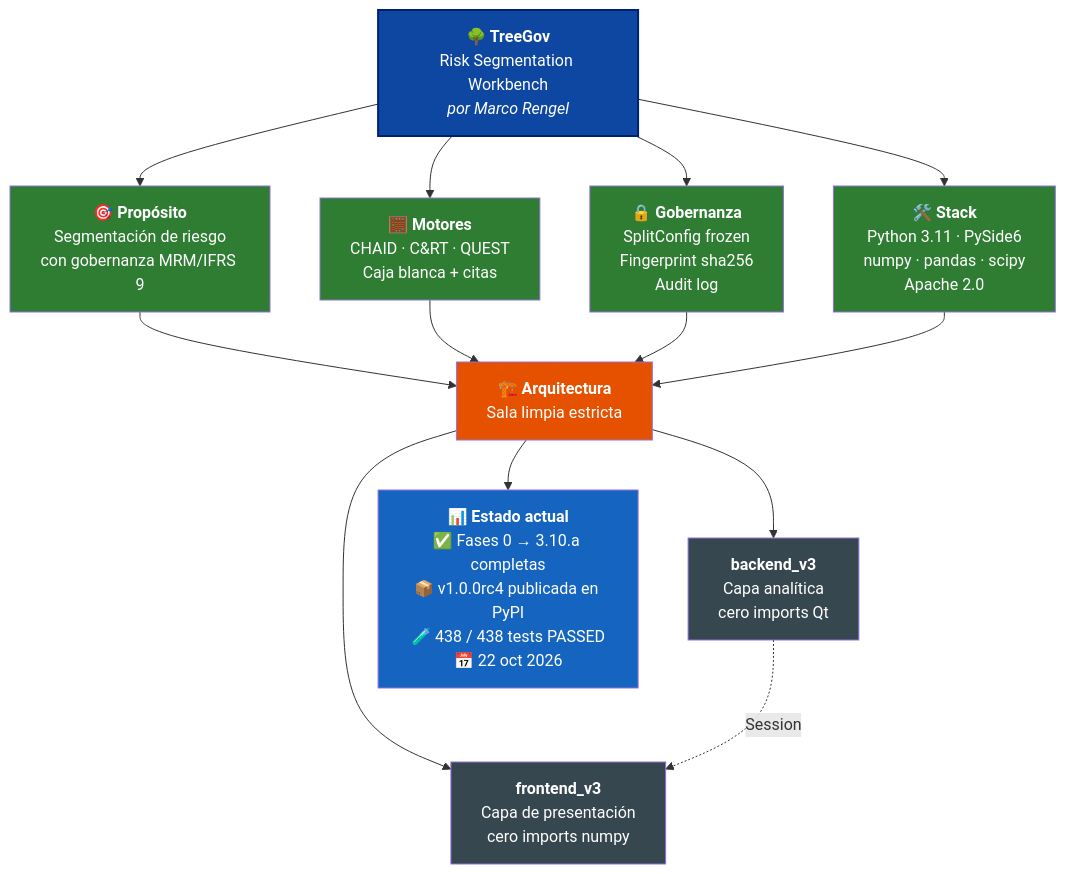
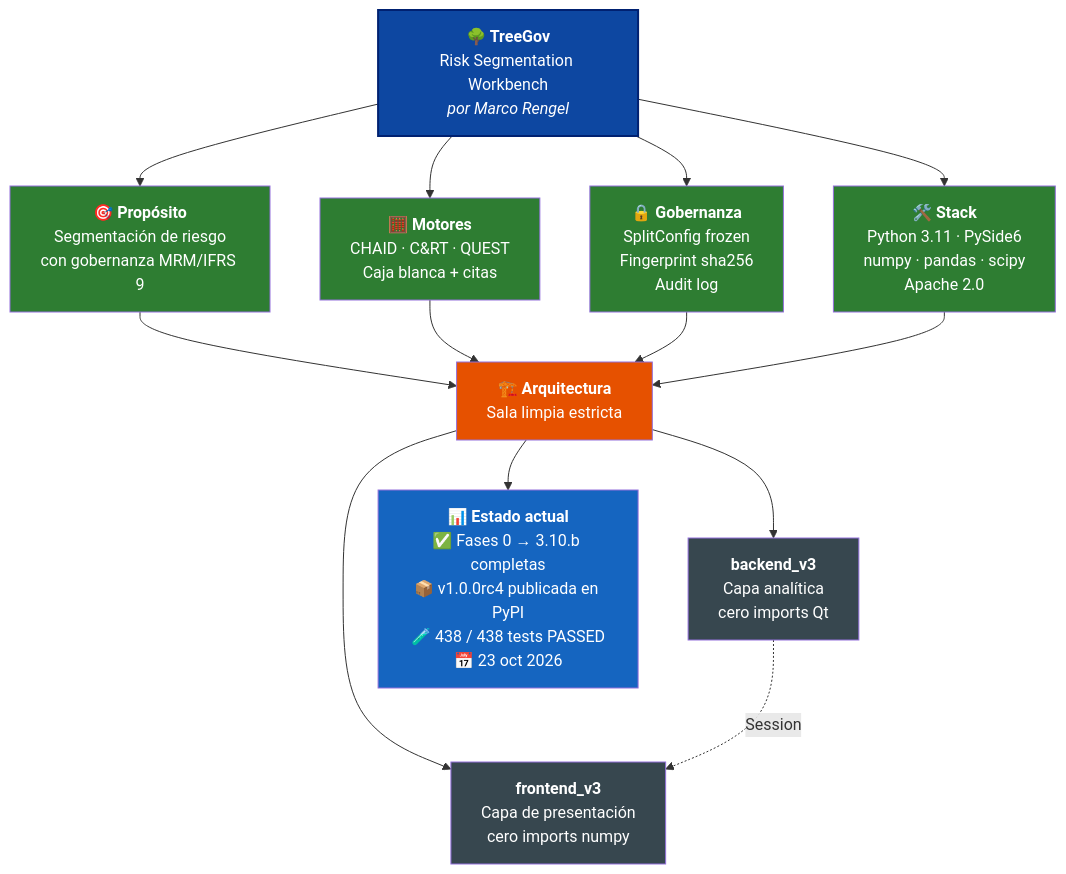
One commit to Marco-Rengel/treegov changed the diagram in README.es.md. Above: the diagram before and after it, drawn with Mermaid. The commit also changed other lines of this file and 8 other files, not shown here.

````diff
--- a/README.es.md
+++ b/README.es.md
@@ -36,31 +36,31 @@
 ```mermaid
 flowchart TB
     TG["<b>🌳 TreeGov</b><br/>Risk Segmentation Workbench<br/><i>por Marco Rengel</i>"]
 
     TG --> P["<b>🎯 Propósito</b><br/>Segmentación de riesgo<br/>con gobernanza MRM/IFRS 9"]
     TG --> M["<b>🧮 Motores</b><br/>CHAID · C&RT · QUEST<br/>Caja blanca + citas"]
     TG --> G["<b>🔒 Gobernanza</b><br/>SplitConfig frozen<br/>Fingerprint sha256<br/>Audit log"]
     TG --> S["<b>🛠️ Stack</b><br/>Python 3.11 · PySide6<br/>numpy · pandas · scipy<br/>Apache 2.0"]
 
     P --> ARQ["<b>🏗️ Arquitectura</b><br/>Sala limpia estricta"]
     M --> ARQ
     G --> ARQ
     S --> ARQ
 
     ARQ --> BE["<b>backend_v3</b><br/>Capa analítica<br/>cero imports Qt"]
     ARQ --> FE["<b>frontend_v3</b><br/>Capa de presentación<br/>cero imports numpy"]
 
     BE -.->|Session| FE
 
-    ARQ --> ST["<b>📊 Estado actual</b><br/>✅ Fases 0 → 3.10.a completas<br/>📦 v1.0.0rc4 publicada en PyPI<br/>🧪 438 / 438 tests PASSED<br/>📅 22 oct 2026"]
+    ARQ --> ST["<b>📊 Estado actual</b><br/>✅ Fases 0 → 3.10.b completas<br/>📦 v1.0.0rc4 publicada en PyPI<br/>🧪 438 / 438 tests PASSED<br/>📅 23 oct 2026"]
 
     style TG fill:#0D47A1,color:#fff,stroke:#002171,stroke-width:2px
     style P fill:#2E7D32,color:#fff
     style M fill:#2E7D32,color:#fff
     style G fill:#2E7D32,color:#fff
     style S fill:#2E7D32,color:#fff
     style ARQ fill:#E65100,color:#fff
     style BE fill:#37474F,color:#fff
     style FE fill:#37474F,color:#fff
     style ST fill:#1565C0,color:#fff
 ```
````
